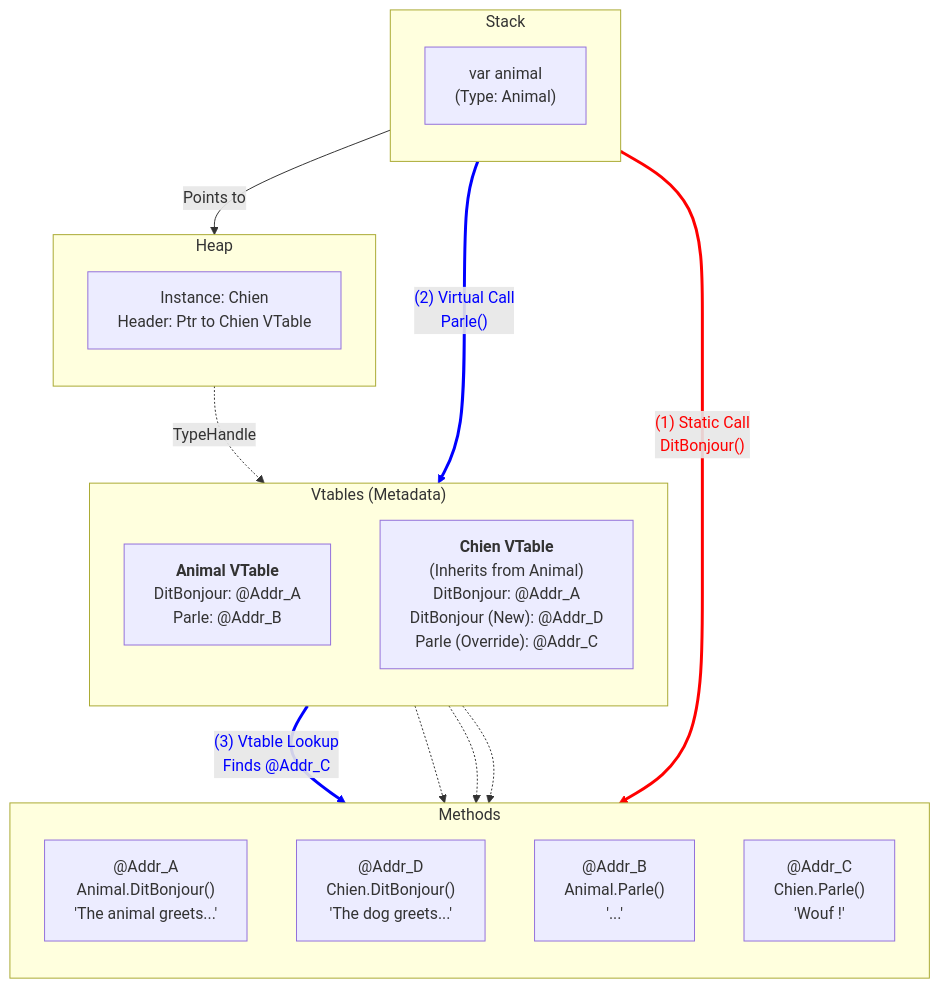
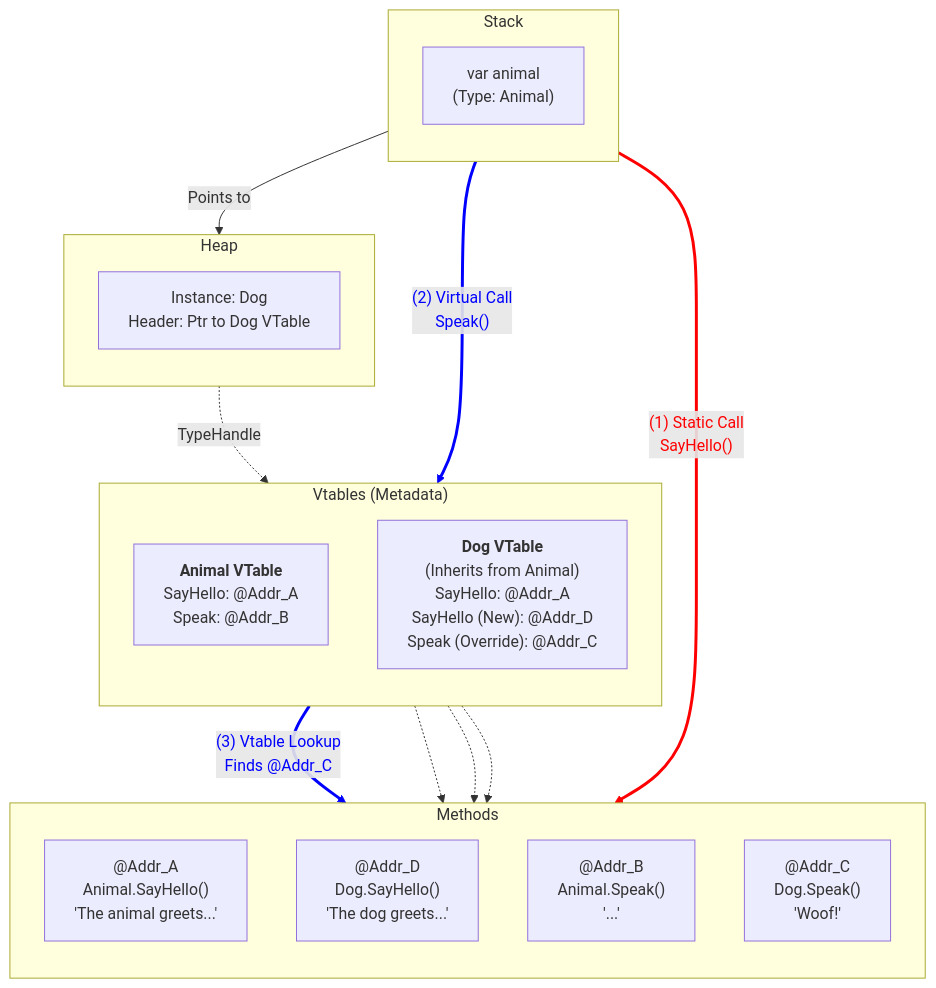
Before and after one commit to Yanal-Yves/blog: the second of 2 diagrams in content.en/programmation/polymorphisme/_index.md, drawn with Mermaid. The commit also changed other lines of this file and 6 other files, not shown here.

First line of the commit message:
Corrige des liens FR et anglicise le code de l'article polymorphisme

````diff
--- a/content.en/programmation/polymorphisme/_index.md
+++ b/content.en/programmation/polymorphisme/_index.md
@@ -171,61 +171,61 @@
 ```mermaid
 flowchart TD
-    %% --- PILE ---
+    %% --- STACK ---
     subgraph STACK ["Stack"]
         direction TB
         varRef["var animal<br/>(Type: Animal)"]
     end
 
-    %% --- TAS ---
+    %% --- HEAP ---
     subgraph HEAP ["Heap"]
         direction TB
-        objChien["Instance: Chien<br/>Header: Ptr to Chien VTable"]
+        objDog["Instance: Dog<br/>Header: Ptr to Dog VTable"]
     end
 
-    %% --- METADONNEES ---
+    %% --- METADATA ---
     subgraph METADATA ["Vtables (Metadata)"]
         direction TB
-        mtAnimal["<b>Animal VTable</b><br/>DitBonjour: @Addr_A<br/>Parle: @Addr_B"]
+        mtAnimal["<b>Animal VTable</b><br/>SayHello: @Addr_A<br/>Speak: @Addr_B"]
         
-        mtChien["<b>Chien VTable</b><br/>(Inherits from Animal)<br/>DitBonjour: @Addr_A<br/>DitBonjour (New): @Addr_D<br/>Parle (Override): @Addr_C"]
+        mtDog["<b>Dog VTable</b><br/>(Inherits from Animal)<br/>SayHello: @Addr_A<br/>SayHello (New): @Addr_D<br/>Speak (Override): @Addr_C"]
     end
 
     %% --- CODE ---
     subgraph CODE ["Methods"]
         direction TB
-        codeAnimal["@Addr_A<br/>Animal.DitBonjour()<br/>'The animal greets...'"]
-        codeChienNew["@Addr_D<br/>Chien.DitBonjour()<br/>'The dog greets...'"]
-        codeAnimalBase["@Addr_B<br/>Animal.Parle()<br/>'...'"]
-        codeChien["@Addr_C<br/>Chien.Parle()<br/>'Wouf !'"]
+        codeAnimal["@Addr_A<br/>Animal.SayHello()<br/>'The animal greets...'"]
+        codeDogNew["@Addr_D<br/>Dog.SayHello()<br/>'The dog greets...'"]
+        codeAnimalBase["@Addr_B<br/>Animal.Speak()<br/>'...'"]
+        codeDog["@Addr_C<br/>Dog.Speak()<br/>'Woof!'"]
     end
 
     %% --- RELATIONS ---
-    %% L'ordre de déclaration définit les index pour linkStyle (0, 1, 2...)
+    %% The declaration order defines the indices for linkStyle (0, 1, 2...)
 
-    %% 0. Lien var -> objet
-    varRef -- "Points to" --> objChien
+    %% 0. Link var -> object
+    varRef -- "Points to" --> objDog
     
-    %% 1. Lien objet -> vtable
-    objChien -. "TypeHandle" .-> mtChien
+    %% 1. Link object -> vtable
+    objDog -. "TypeHandle" .-> mtDog
 
-    %% 2. CAS ROUGE (Index 2)
-    varRef -- "(1) Static Call<br/>DitBonjour()" --> codeAnimal
+    %% 2. RED CASE (Index 2)
+    varRef -- "(1) Static Call<br/>SayHello()" --> codeAnimal
 
-    %% 3. CAS BLEU PARTIE 1 (Index 3)
-    varRef -- "(2) Virtual Call<br/>Parle()" --> mtChien
+    %% 3. BLUE CASE PART 1 (Index 3)
+    varRef -- "(2) Virtual Call<br/>Speak()" --> mtDog
 
-    %% 4. CAS BLEU PARTIE 2 (Index 4)
-    mtChien -- "(3) Vtable Lookup<br/>Finds @Addr_C" --> codeChien
+    %% 4. BLUE CASE PART 2 (Index 4)
+    mtDog -- "(3) Vtable Lookup<br/>Finds @Addr_C" --> codeDog
 
-    %% Liens structurels (gris)
-    mtChien -.-> codeChienNew
+    %% Structural links (grey)
+    mtDog -.-> codeDogNew
     mtAnimal -.-> codeAnimal
     mtAnimal -.-> codeAnimalBase
 
     %% STYLES
-    %% Rouge pour l'appel statique (Index 2)
+    %% Red for the static call (Index 2)
     linkStyle 2 stroke:red,stroke-width:3px,color:red;
     
-    %% Bleu pour le chemin dynamique (Index 3 et 4)
+    %% Blue for the dynamic path (Index 3 and 4)
     linkStyle 3,4 stroke:blue,stroke-width:3px,color:blue;
 ```
````
